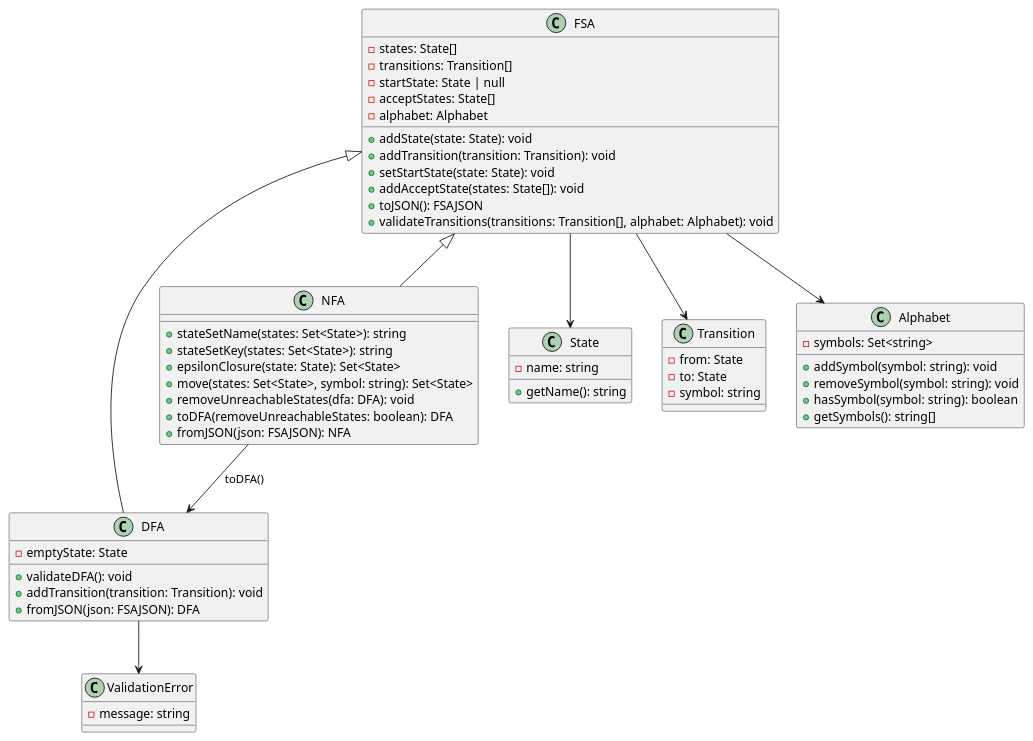
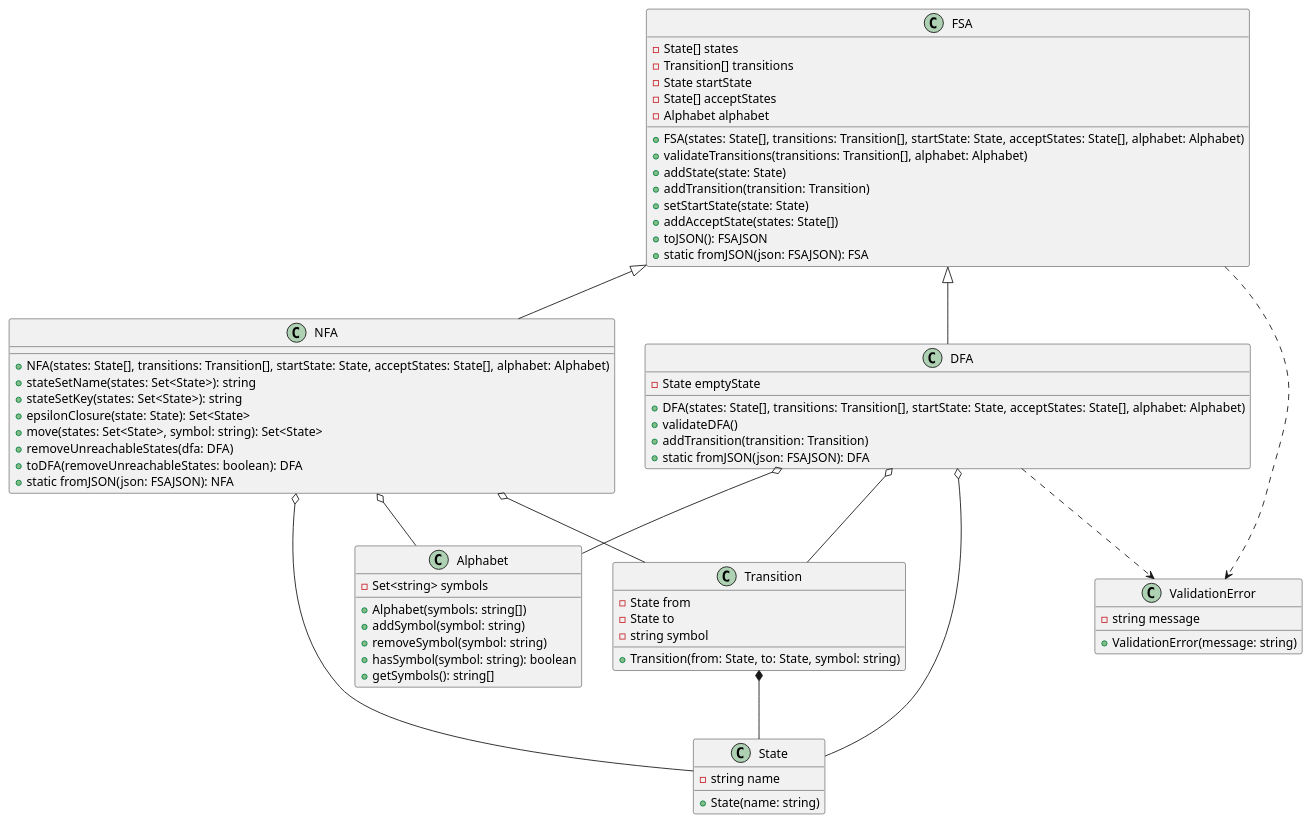
The diagram in docs/architecture.puml (yalperg/otomat), drawn with PlantUML before and after one commit. The commit also changed 2 other files, not shown here.

Commit message:
chore: change architecture diagram

```diff
--- a/docs/architecture.puml
+++ b/docs/architecture.puml
@@ -1,65 +1,75 @@
 @startuml architecture
 
 class FSA {
-  - states: State[]
-  - transitions: Transition[]
-  - startState: State | null
-  - acceptStates: State[]
-  - alphabet: Alphabet
-  + addState(state: State): void
-  + addTransition(transition: Transition): void
-  + setStartState(state: State): void
-  + addAcceptState(states: State[]): void
+  - State[] states
+  - Transition[] transitions
+  - State startState
+  - State[] acceptStates
+  - Alphabet alphabet
+  + FSA(states: State[], transitions: Transition[], startState: State, acceptStates: State[], alphabet: Alphabet)
+  + validateTransitions(transitions: Transition[], alphabet: Alphabet)
+  + addState(state: State)
+  + addTransition(transition: Transition)
+  + setStartState(state: State)
+  + addAcceptState(states: State[])
   + toJSON(): FSAJSON
-  + validateTransitions(transitions: Transition[], alphabet: Alphabet): void
+  + static fromJSON(json: FSAJSON): FSA
 }
 
 class DFA {
-  - emptyState: State
-  + validateDFA(): void
-  + addTransition(transition: Transition): void
-  + fromJSON(json: FSAJSON): DFA
+  - State emptyState
+  + DFA(states: State[], transitions: Transition[], startState: State, acceptStates: State[], alphabet: Alphabet)
+  + validateDFA()
+  + addTransition(transition: Transition)
+  + static fromJSON(json: FSAJSON): DFA
 }
 
 class NFA {
+  + NFA(states: State[], transitions: Transition[], startState: State, acceptStates: State[], alphabet: Alphabet)
   + stateSetName(states: Set<State>): string
   + stateSetKey(states: Set<State>): string
   + epsilonClosure(state: State): Set<State>
   + move(states: Set<State>, symbol: string): Set<State>
-  + removeUnreachableStates(dfa: DFA): void
+  + removeUnreachableStates(dfa: DFA)
   + toDFA(removeUnreachableStates: boolean): DFA
-  + fromJSON(json: FSAJSON): NFA
+  + static fromJSON(json: FSAJSON): NFA
 }
 
 class State {
-  - name: string
-  + getName(): string
+  - string name
+  + State(name: string)
 }
 
 class Transition {
-  - from: State
-  - to: State
-  - symbol: string
+  - State from
+  - State to
+  - string symbol
+  + Transition(from: State, to: State, symbol: string)
 }
 
 class Alphabet {
-  - symbols: Set<string>
-  + addSymbol(symbol: string): void
-  + removeSymbol(symbol: string): void
+  - Set<string> symbols
+  + Alphabet(symbols: string[])
+  + addSymbol(symbol: string)
+  + removeSymbol(symbol: string)
   + hasSymbol(symbol: string): boolean
   + getSymbols(): string[]
 }
 
 class ValidationError {
-  - message: string
+  - string message
+  + ValidationError(message: string)
 }
 
-FSA --> State
-FSA --> Transition
-FSA --> Alphabet
 FSA <|-- DFA
 FSA <|-- NFA
-DFA --> ValidationError
-NFA --> DFA : "toDFA()"
-
+DFA o-- State
+DFA o-- Transition
+DFA o-- Alphabet
+NFA o-- State
+NFA o-- Transition
+NFA o-- Alphabet
+Transition *-- State
+FSA ..> ValidationError
+DFA ..> ValidationError
 @enduml
```
